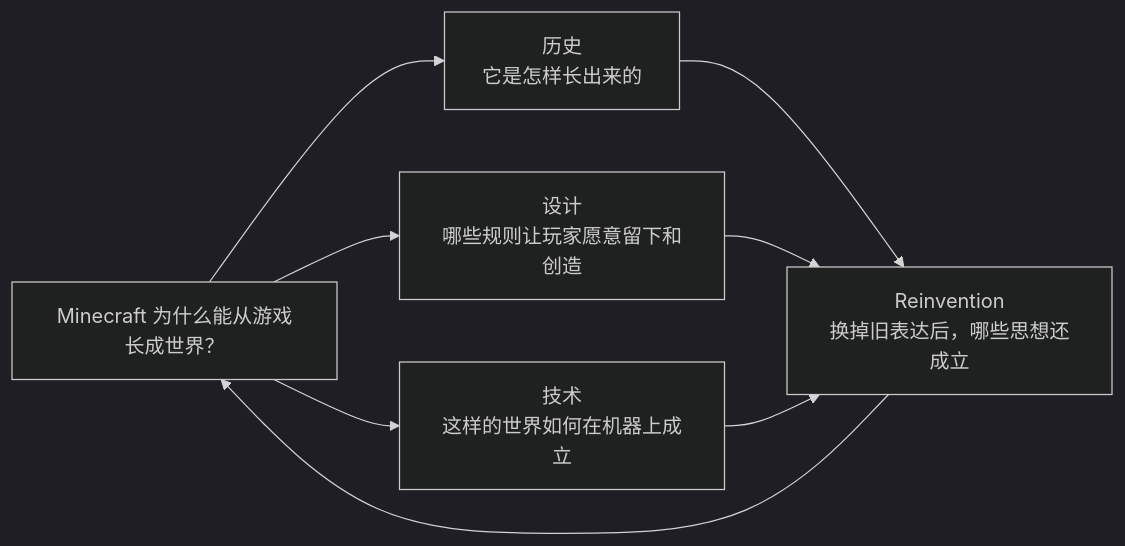
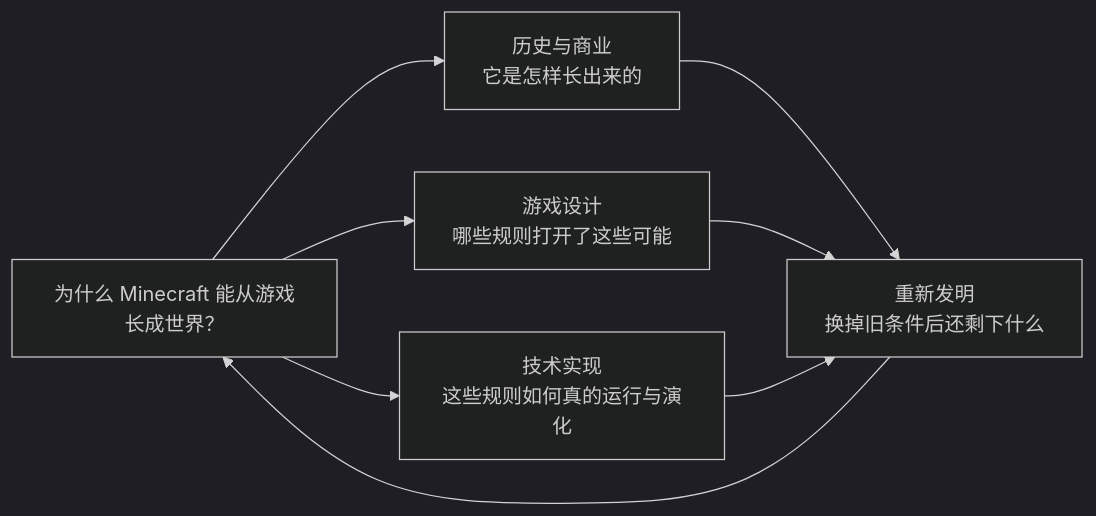
One commit to Dreamtowards/Thinking-In-Minecraft changed the diagram in docs/prelude/thesis.mdx. Above: the diagram before and after it, drawn with Mermaid (dark theme). The commit also changed other lines of this file and 9 other files, not shown here.

````diff
--- a/docs/prelude/thesis.mdx
+++ b/docs/prelude/thesis.mdx
@@ -44,16 +58,16 @@
 ```mermaid
 flowchart LR
-  Q["Minecraft 为什么能从游戏长成世界？"]
-  H["历史<br/>它是怎样长出来的"]
-  D["设计<br/>哪些规则让玩家愿意留下和创造"]
-  T["技术<br/>这样的世界如何在机器上成立"]
-  R["Reinvention<br/>换掉旧表达后，哪些思想还成立"]
+  Q["为什么 Minecraft 能从游戏长成世界？"]
+  H["历史与商业<br/>它是怎样长出来的"]
+  D["游戏设计<br/>哪些规则打开了这些可能"]
+  T["技术实现<br/>这些规则如何真的运行与演化"]
+  R["重新发明<br/>换掉旧条件后还剩下什么"]
 
   Q --> H
   Q --> D
   Q --> T
   H --> R
   D --> R
   T --> R
   R --> Q
 ```
````
